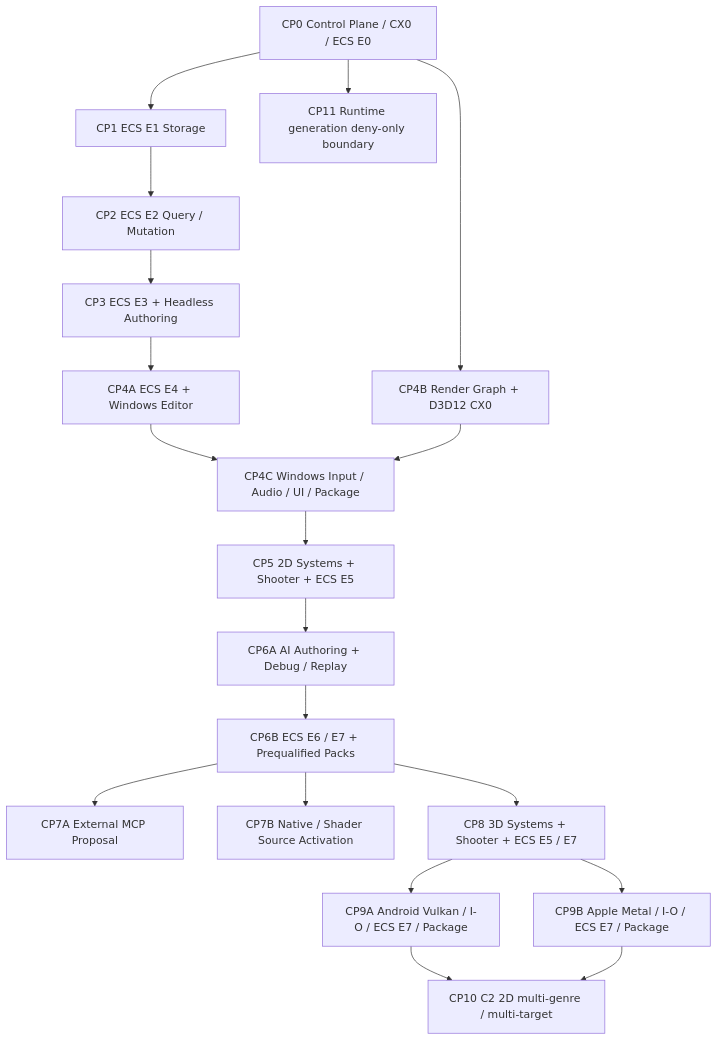
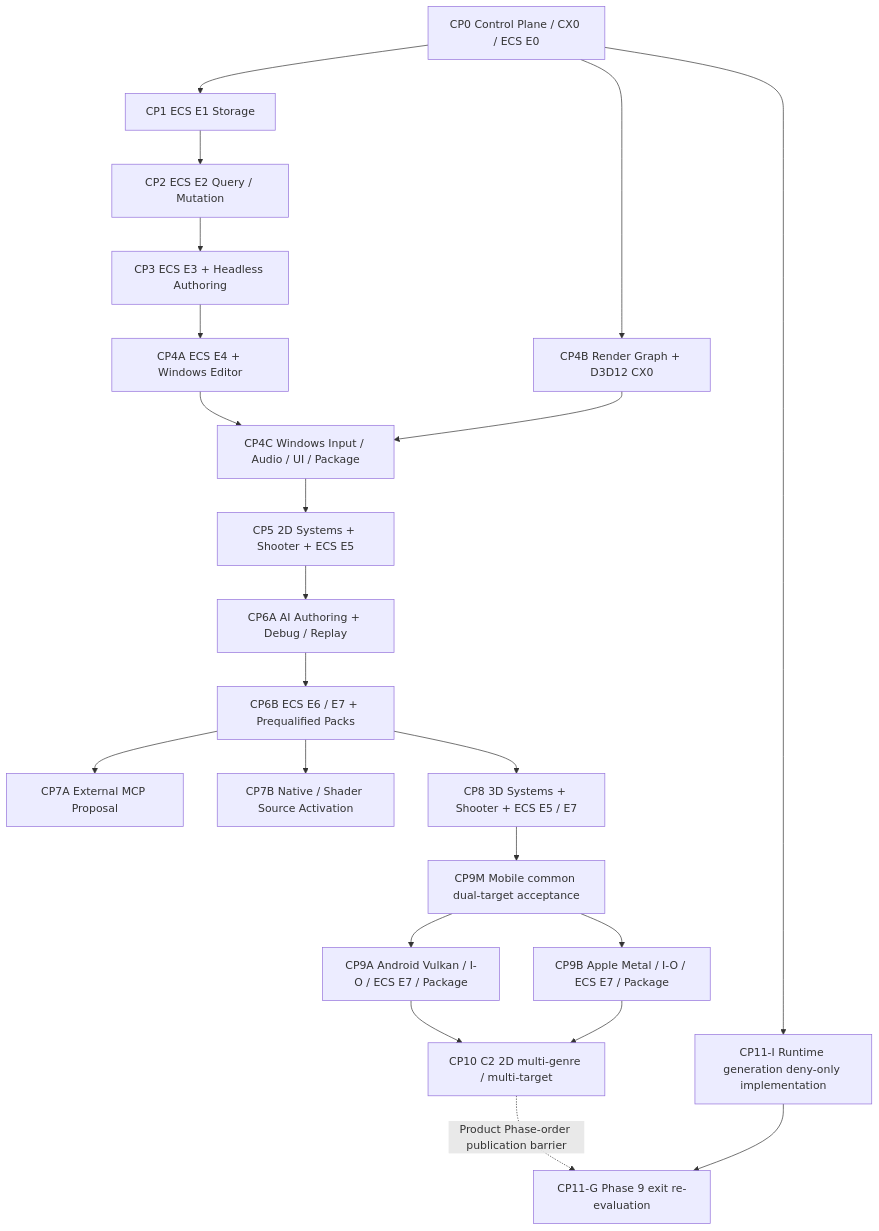
Before and after one commit to y2ikgm89/miraikanai-engine: the diagram in docs/plans/2026-07-23-critical-path-execution-plan.md, drawn with Mermaid. The commit also changed other lines of this file and 2 other files, not shown here.

````diff
--- a/docs/plans/2026-07-23-critical-path-execution-plan.md
+++ b/docs/plans/2026-07-23-critical-path-execution-plan.md
@@ -25,36 +27,41 @@
 ```mermaid
 flowchart TD
     CP0["CP0 Control Plane / CX0 / ECS E0"]
     CP1["CP1 ECS E1 Storage"]
     CP2["CP2 ECS E2 Query / Mutation"]
     CP3["CP3 ECS E3 + Headless Authoring"]
     CP4A["CP4A ECS E4 + Windows Editor"]
     CP4B["CP4B Render Graph + D3D12 CX0"]
     CP4C["CP4C Windows Input / Audio / UI / Package"]
     CP5["CP5 2D Systems + Shooter + ECS E5"]
     CP6A["CP6A AI Authoring + Debug / Replay"]
     CP6B["CP6B ECS E6 / E7 + Prequalified Packs"]
     CP7A["CP7A External MCP Proposal"]
     CP7B["CP7B Native / Shader Source Activation"]
     CP8["CP8 3D Systems + Shooter + ECS E5 / E7"]
+    CP9M["CP9M Mobile common dual-target acceptance"]
     CP9A["CP9A Android Vulkan / I-O / ECS E7 / Package"]
     CP9B["CP9B Apple Metal / I-O / ECS E7 / Package"]
     CP10["CP10 C2 2D multi-genre / multi-target"]
-    CP11["CP11 Runtime generation deny-only boundary"]
+    CP11I["CP11-I Runtime generation deny-only implementation"]
+    CP11G["CP11-G Phase 9 exit re-evaluation"]
 
     CP0 --> CP1 --> CP2 --> CP3
     CP3 --> CP4A
     CP0 --> CP4B
     CP4A --> CP4C
     CP4B --> CP4C
     CP4C --> CP5
     CP5 --> CP6A --> CP6B
     CP6B --> CP7A
     CP6B --> CP7B
     CP6B --> CP8
-    CP8 --> CP9A
-    CP8 --> CP9B
+    CP8 --> CP9M
+    CP9M --> CP9A
+    CP9M --> CP9B
     CP9A --> CP10
     CP9B --> CP10
-    CP0 --> CP11
+    CP0 --> CP11I
+    CP11I --> CP11G
+    CP10 -. "Product Phase-order publication barrier" .-> CP11G
 ```
````
